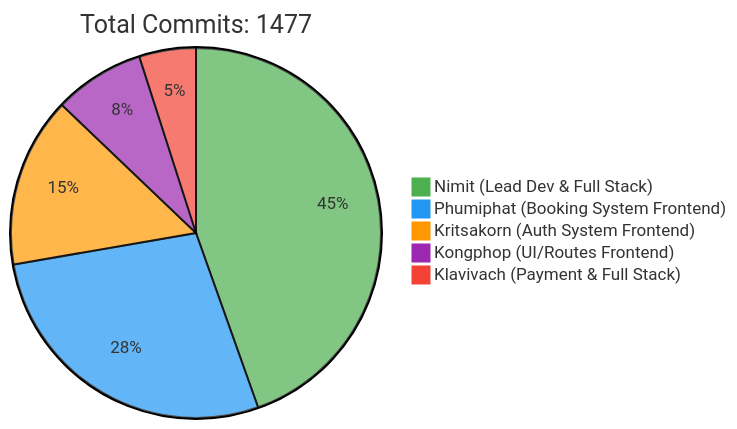
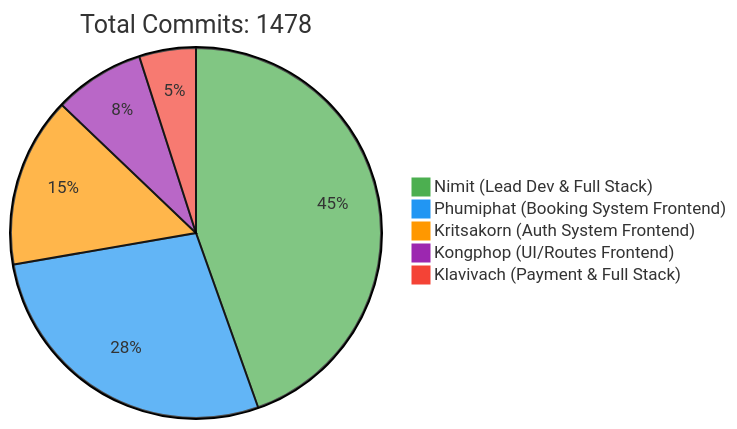
The first of 2 diagrams in README.md (6531503042/Sport-Complex), drawn with Mermaid before and after one commit. The commit also changed other lines of this file, not shown here.

Commit message:
docs: Update contributor statistics [skip ci]

````diff
--- a/README.md
+++ b/README.md
@@ -257,10 +257,10 @@
 ```mermaid
 %%{init: {'theme': 'base', 'themeVariables': { 'pie1': '#4CAF50', 'pie2': '#2196F3', 'pie3': '#FF9800', 'pie4': '#9C27B0', 'pie5': '#F44336'}}}%%
 pie
-    title Total Commits: 1477
+    title Total Commits: 1478
     "Nimit (Lead Dev & Full Stack)" : 450
     "Phumiphat (Booking System Frontend)" : 280
     "Kritsakorn (Auth System Frontend)" : 150
     "Kongphop (UI/Routes Frontend)" : 80
     "Klavivach (Payment & Full Stack)" : 50
 ```
````
